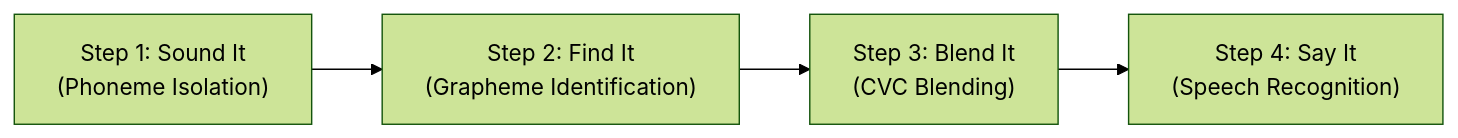
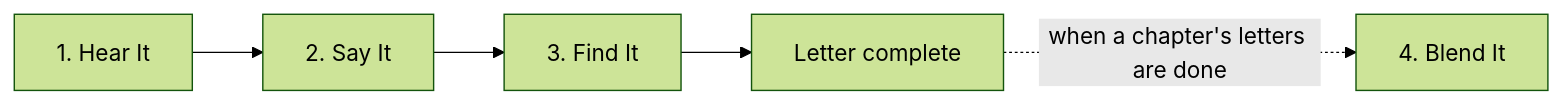
The diagram in docs/submission/A_SOFTWARE_FUNCTIONALITY_AND_COMPLETION.md (zendrix-hub/playIt), drawn with Mermaid (forest theme) before and after one commit. The commit also changed other lines of this file and 8 other files, not shown here.

````diff
--- a/docs/submission/A_SOFTWARE_FUNCTIONALITY_AND_COMPLETION.md
+++ b/docs/submission/A_SOFTWARE_FUNCTIONALITY_AND_COMPLETION.md
@@ -25,6 +25,7 @@
 ```mermaid
 flowchart LR
-    Step1["Step 1: Sound It\n(Phoneme Isolation)"] --> Step2["Step 2: Find It\n(Grapheme Identification)"]
-    Step2 --> Step3["Step 3: Blend It\n(CVC Blending)"]
-    Step3 --> Step4["Step 4: Say It\n(Speech Recognition)"]
+    S1["1. Hear It"] --> S2["2. Say It"]
+    S2 --> S3["3. Find It"]
+    S3 --> S4["Letter complete"]
+    S4 -. "when a chapter's letters are done" .-> S5["4. Blend It"]
 ```
````
